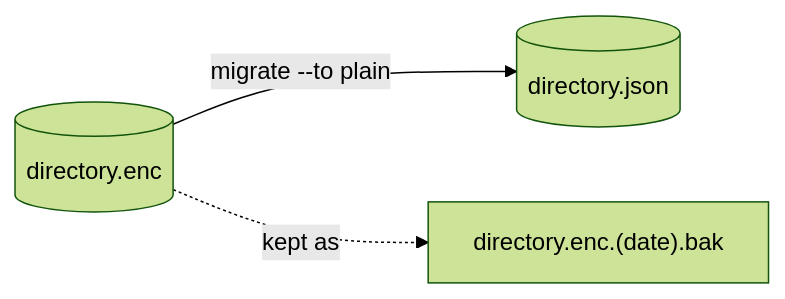
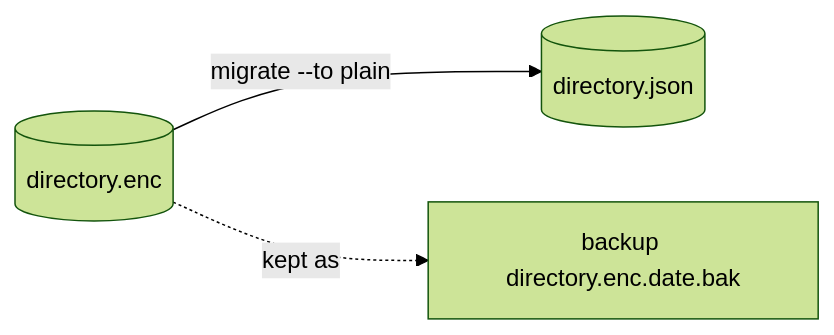
Before and after one commit to falkenslab/pseudonym: the ninth of 9 diagrams in docs/content/guides/storage.md, drawn with Mermaid (forest theme). The commit also changed other lines of this file and 6 other files, not shown here.

First line of the commit message:
docs: step-by-step diagrams for each storage mode

````diff
--- a/docs/content/guides/storage.md
+++ b/docs/content/guides/storage.md
@@ -221,5 +304,5 @@
 ```mermaid
 flowchart LR
   E[("directory.enc")] -->|"migrate --to plain"| J[("directory.json")]
-  E -.->|"kept as"| B["directory.enc.(date).bak"]
+  E -.->|"kept as"| B["backup directory.enc.date.bak"]
 ```
````
